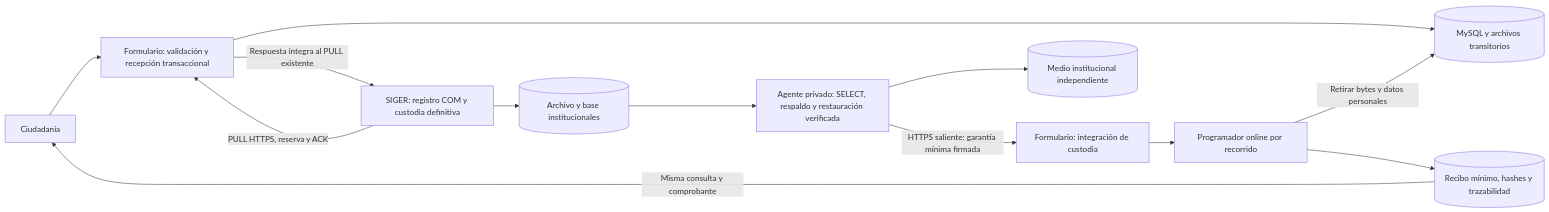
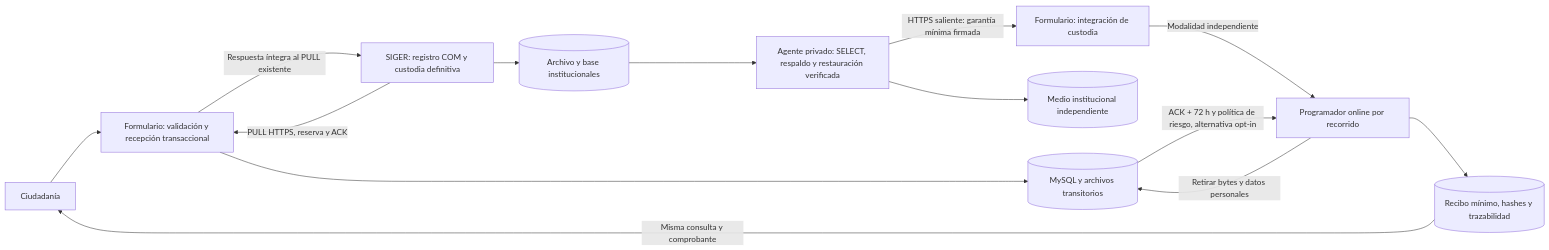
The diagram in docs/ARQUITECTURA_RECEPTOR_TRANSITORIO.md (chashmdai/formulario-web), drawn with Mermaid before and after one commit. The commit also changed other lines of this file and 8 other files, not shown here.

````diff
--- a/docs/ARQUITECTURA_RECEPTOR_TRANSITORIO.md
+++ b/docs/ARQUITECTURA_RECEPTOR_TRANSITORIO.md
@@ -9,15 +13,16 @@
 ```mermaid
 flowchart LR
   C[Ciudadanía] --> F[Formulario: validación y recepción transaccional]
   F --> T[(MySQL y archivos transitorios)]
   S[SIGER: registro COM y custodia definitiva] -->|PULL HTTPS, reserva y ACK| F
   F -->|Respuesta íntegra al PULL existente| S
   S --> D[(Archivo y base institucionales)]
   D --> A[Agente privado: SELECT, respaldo y restauración verificada]
   A --> B[(Medio institucional independiente)]
   A -->|HTTPS saliente: garantía mínima firmada| G[Formulario: integración de custodia]
-  G --> M[Programador online por recorrido]
+  G -->|Modalidad independiente| M[Programador online por recorrido]
+  T -->|ACK + 72 h y política de riesgo, alternativa opt-in| M
   M -->|Retirar bytes y datos personales| T
   M --> R[(Recibo mínimo, hashes y trazabilidad)]
   R -->|Misma consulta y comprobante| C
 ```
````
